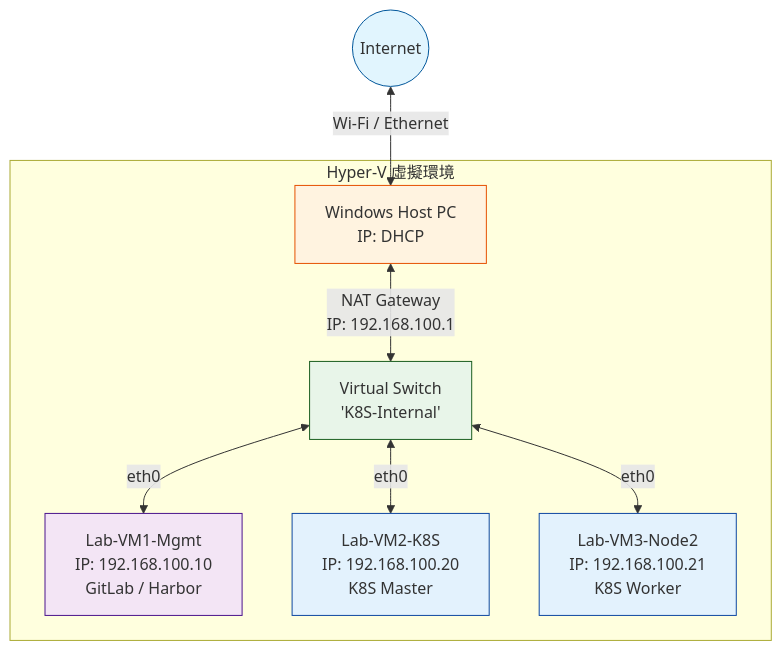
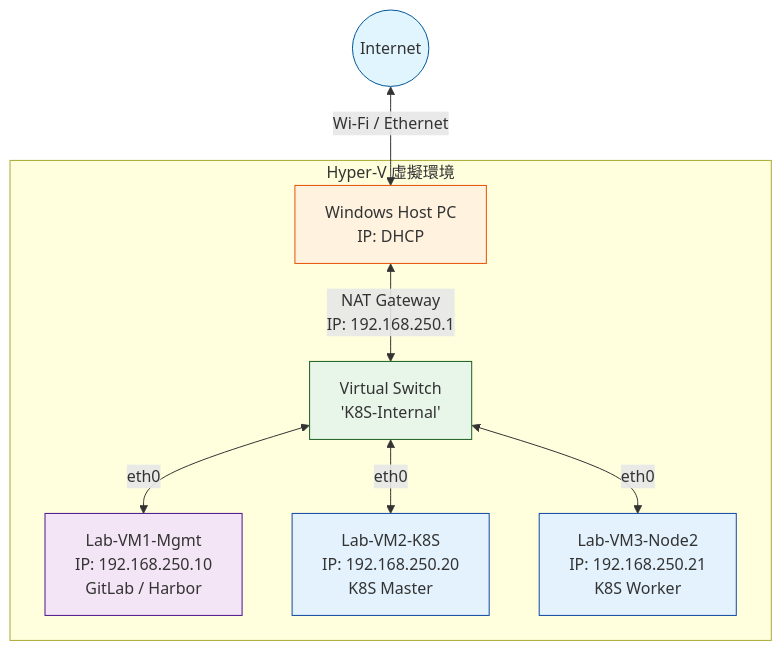
One commit to tedtv1007-ctrl/rocky-linux-docker-ce changed the diagram in docs/01-infrastructure/hyperv-setup-guide.md. Above: the diagram before and after it, drawn with Mermaid. The commit also changed other lines of this file and 7 other files, not shown here.

````diff
--- a/docs/01-infrastructure/hyperv-setup-guide.md
+++ b/docs/01-infrastructure/hyperv-setup-guide.md
@@ -8,19 +8,19 @@
 ```mermaid
 graph TD
     Internet((Internet)) <-->|Wi-Fi / Ethernet| HostPC[Windows Host PC <br> IP: DHCP]
     
     subgraph Hyper-V 虛擬環境
-        HostPC <-->|NAT Gateway <br> IP: 192.168.100.1| VSwitch[Virtual Switch <br> 'K8S-Internal']
+        HostPC <-->|NAT Gateway <br> IP: 192.168.250.1| VSwitch[Virtual Switch <br> 'K8S-Internal']
         
-        VSwitch <-->|eth0| VM1[Lab-VM1-Mgmt <br> IP: 192.168.100.10 <br> GitLab / Harbor]
-        VSwitch <-->|eth0| VM2[Lab-VM2-K8S <br> IP: 192.168.100.20 <br> K8S Master]
-        VSwitch <-->|eth0| VM3[Lab-VM3-Node2 <br> IP: 192.168.100.21 <br> K8S Worker]
+        VSwitch <-->|eth0| VM1[Lab-VM1-Mgmt <br> IP: 192.168.250.10 <br> GitLab / Harbor]
+        VSwitch <-->|eth0| VM2[Lab-VM2-K8S <br> IP: 192.168.250.20 <br> K8S Master]
+        VSwitch <-->|eth0| VM3[Lab-VM3-Node2 <br> IP: 192.168.250.21 <br> K8S Worker]
     end
 
     style Internet fill:#e1f5fe,stroke:#01579b
     style HostPC fill:#fff3e0,stroke:#e65100
     style VSwitch fill:#e8f5e9,stroke:#1b5e20
     style VM1 fill:#f3e5f5,stroke:#4a148c
     style VM2 fill:#e3f2fd,stroke:#0d47a1
     style VM3 fill:#e3f2fd,stroke:#0d47a1
 ```
````
